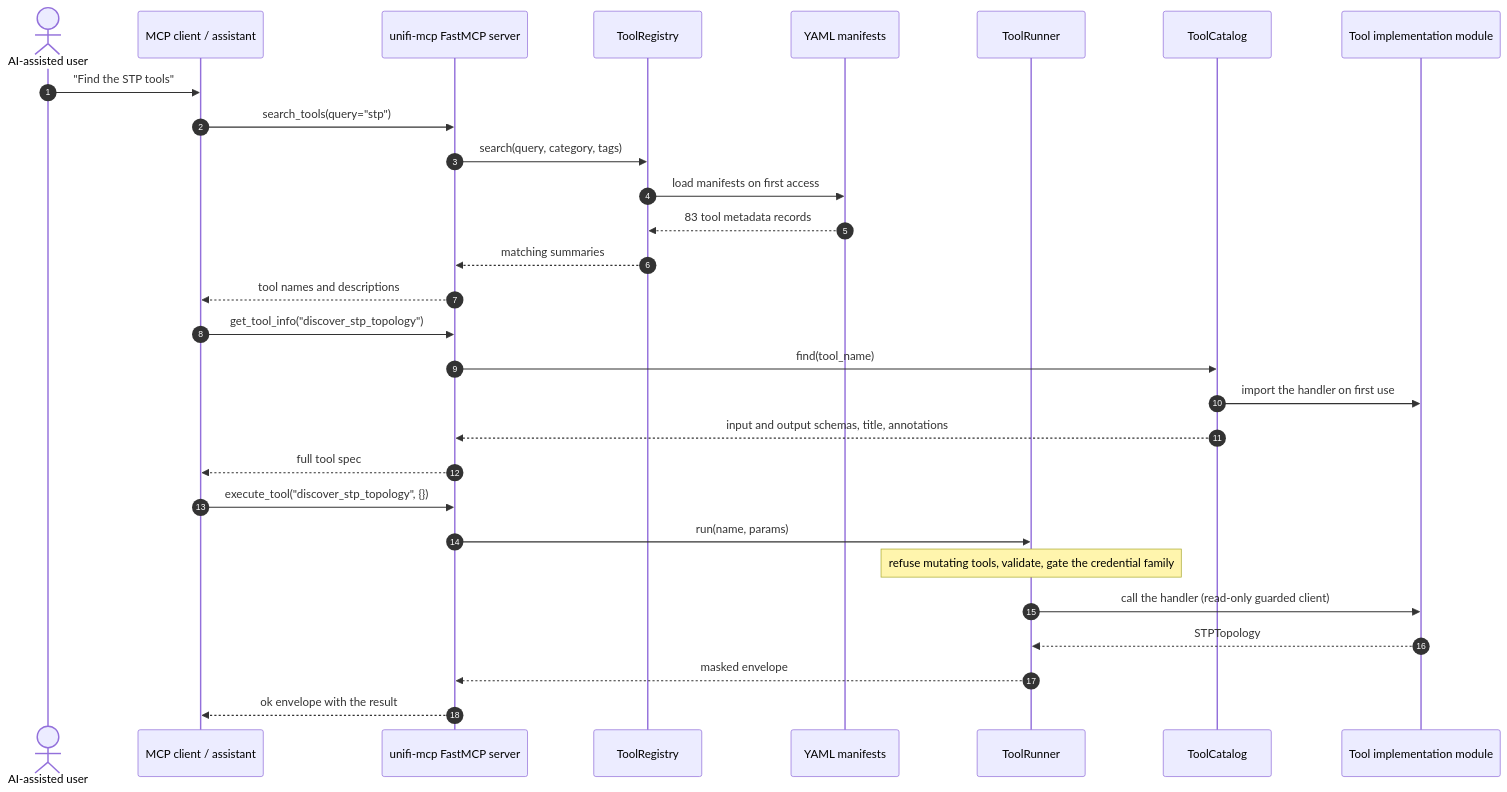
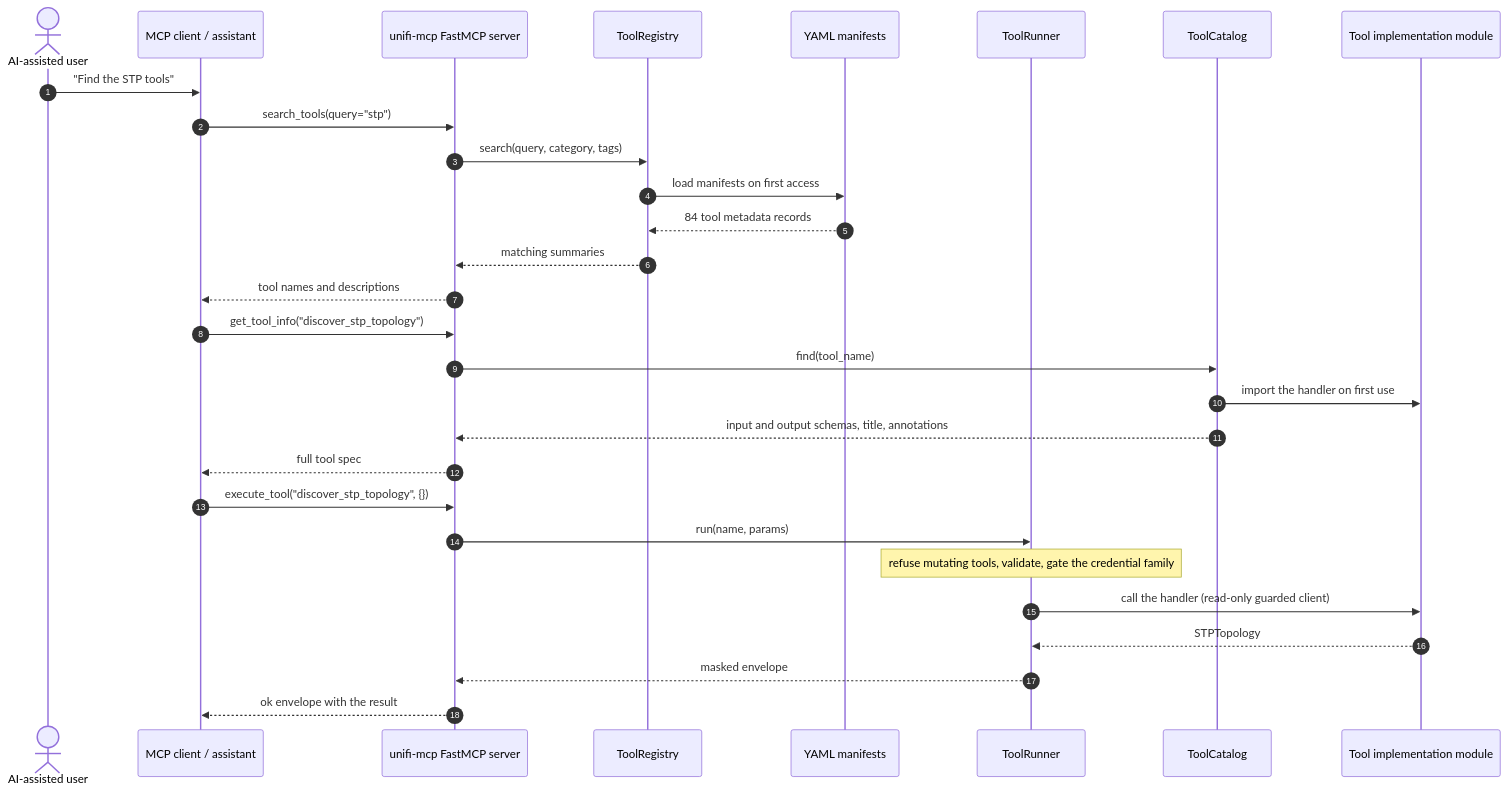
One commit to NetDevAutomate/unifi_management_cli changed diagram 26 of 26 in docs/architecture/c4-architecture.md. Above: the diagram before and after it, drawn with Mermaid. The commit also changed other lines of this file and 17 other files, not shown here.

````diff
--- a/docs/architecture/c4-architecture.md
+++ b/docs/architecture/c4-architecture.md
@@ -1271,32 +1271,32 @@
 ```mermaid
 sequenceDiagram
     autonumber
     actor User as AI-assisted user
     participant Assistant as MCP client / assistant
     participant Server as unifi-mcp FastMCP server
     participant Registry as ToolRegistry
     participant Manifest as YAML manifests
     participant Runner as ToolRunner
     participant Catalog as ToolCatalog
     participant Tool as Tool implementation module
 
     User->>Assistant: "Find the STP tools"
     Assistant->>Server: search_tools(query="stp")
     Server->>Registry: search(query, category, tags)
     Registry->>Manifest: load manifests on first access
-    Manifest-->>Registry: 83 tool metadata records
+    Manifest-->>Registry: 84 tool metadata records
     Registry-->>Server: matching summaries
     Server-->>Assistant: tool names and descriptions
     Assistant->>Server: get_tool_info("discover_stp_topology")
     Server->>Catalog: find(tool_name)
     Catalog->>Tool: import the handler on first use
     Catalog-->>Server: input and output schemas, title, annotations
     Server-->>Assistant: full tool spec
     Assistant->>Server: execute_tool("discover_stp_topology", {})
     Server->>Runner: run(name, params)
     Note over Runner: refuse mutating tools, validate, gate the credential family
     Runner->>Tool: call the handler (read-only guarded client)
     Tool-->>Runner: STPTopology
     Runner-->>Server: masked envelope
     Server-->>Assistant: ok envelope with the result
 ```
````
